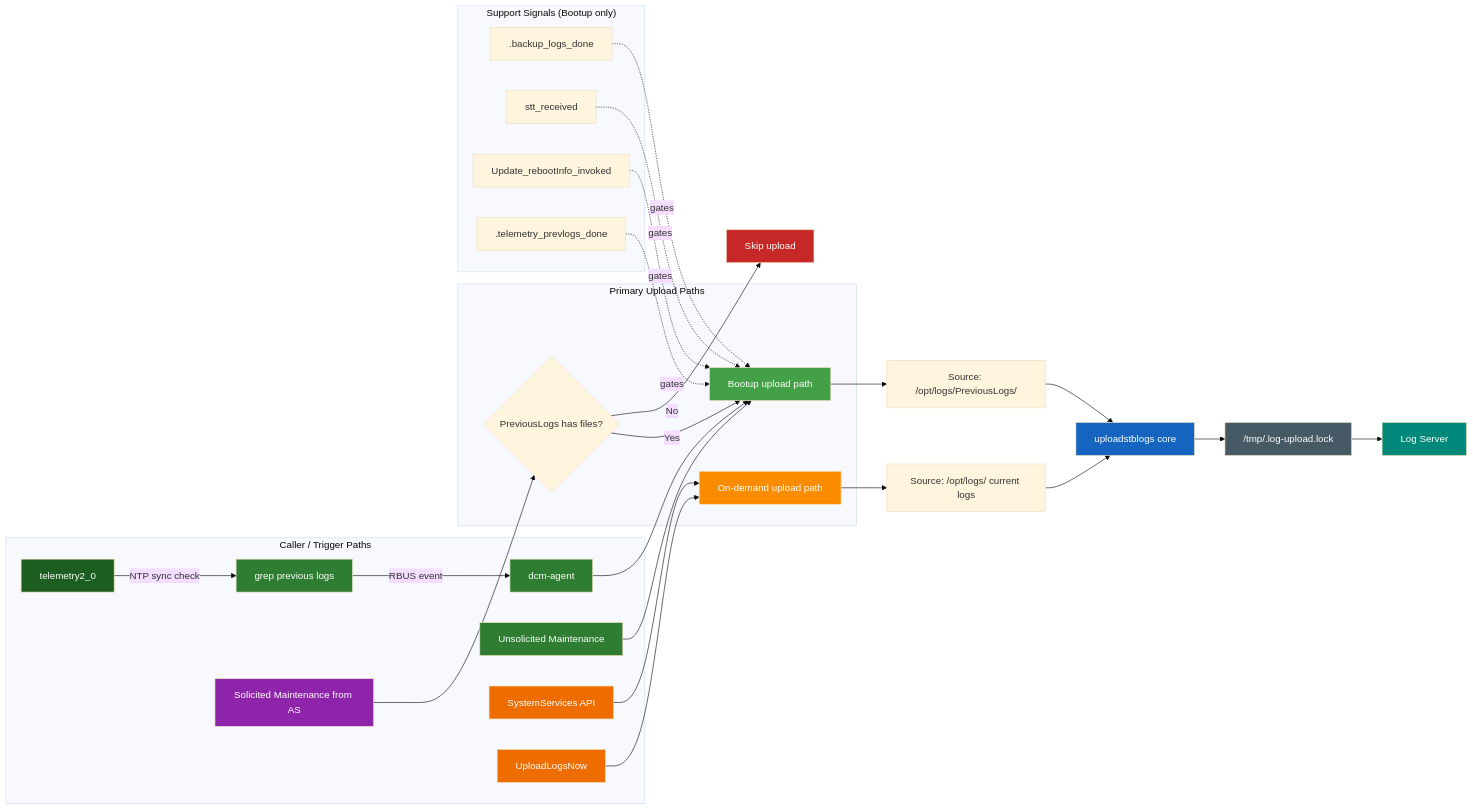
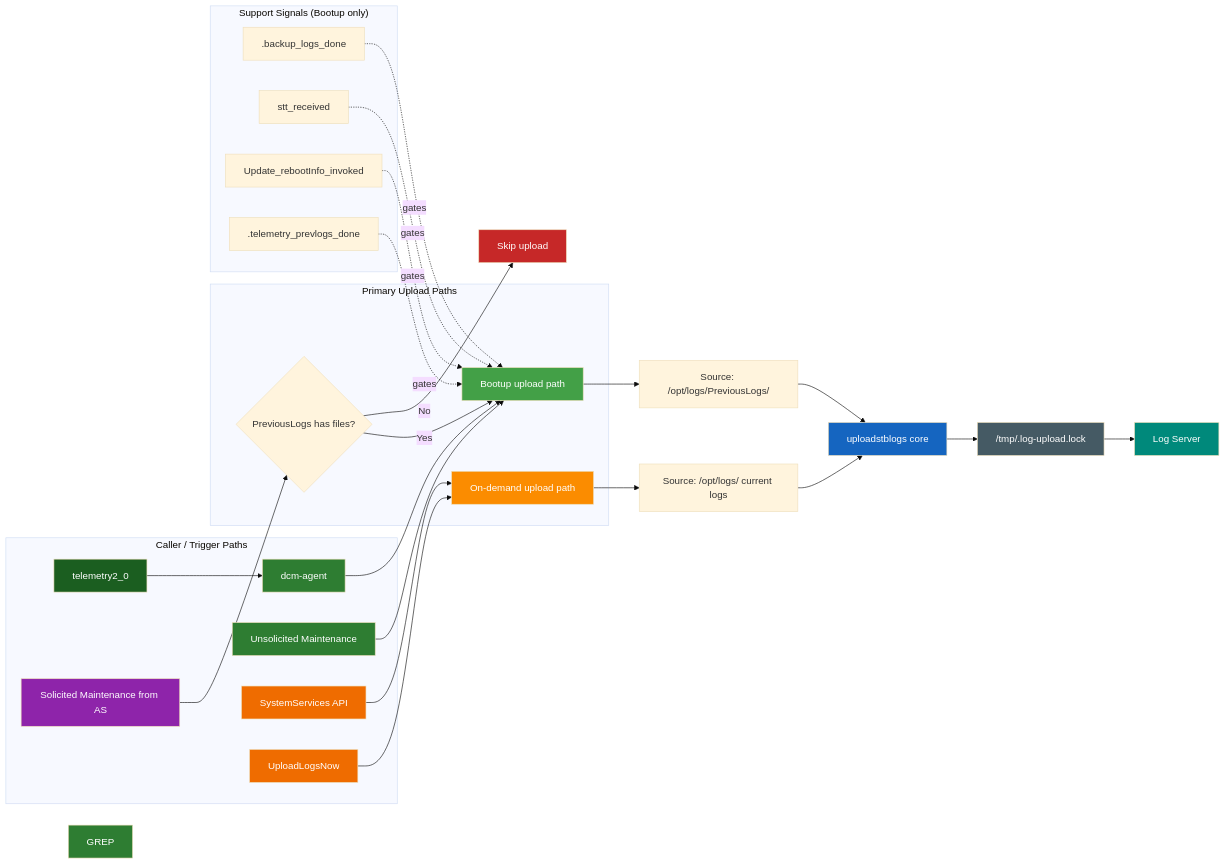
The first of 8 diagrams in openspec/Logupload-Synchronization/specs/slides.md (rdkcentral/dcm-agent), drawn with Mermaid (base theme) before and after one commit.

Commit message:
Simplify Caller / Trigger Paths in slides.md
Removed unnecessary steps in the Caller / Trigger Paths diagram.

````diff
--- a/openspec/Logupload-Synchronization/specs/slides.md
+++ b/openspec/Logupload-Synchronization/specs/slides.md
@@ -69,61 +69,59 @@
 ```mermaid
 graph LR
   subgraph C["Caller / Trigger Paths"]
-    TEL["telemetry2_0"] -->|NTP sync check| GREP["grep previous logs"]
-    GREP -->|RBUS event| DCM["dcm-agent"]
+    TEL["telemetry2_0"] --> DCM["dcm-agent"]
     UMM["Unsolicited Maintenance"]
     SS["SystemServices API"]
     ULN["UploadLogsNow"]
     AS["Solicited Maintenance from AS"]
   end
 
   subgraph P["Primary Upload Paths"]
     BUP["Bootup upload path"]
     ODP["On-demand upload path"]
     ASG{"PreviousLogs has files?"}
   end
 
   subgraph S["Support Signals (Bootup only)"]
     S1[".backup_logs_done"]
     S2["stt_received"]
     S3["Update_rebootInfo_invoked"]
     S4[".telemetry_prevlogs_done"]
   end
 
   DCM --> BUP
   UMM --> BUP
   SS --> ODP
   ULN --> ODP
   AS --> ASG
   ASG -->|No| SKIP["Skip upload"]
   ASG -->|Yes| BUP
 
   S1 -.gates.-> BUP
   S2 -.gates.-> BUP
   S3 -.gates.-> BUP
   S4 -.gates.-> BUP
 
   BUP --> PREV["Source: /opt/logs/PreviousLogs/"]
   ODP --> CURR["Source: /opt/logs/ current logs"]
   PREV --> CORE["uploadstblogs core"]
   CURR --> CORE
   CORE --> LOCK["/tmp/.log-upload.lock"]
   LOCK --> SERVER["Log Server"]
 
   style TEL fill:#1b5e20,color:#fff
   style GREP fill:#2e7d32,color:#fff
   style DCM fill:#2e7d32,color:#fff
   style UMM fill:#2e7d32,color:#fff
   style SS fill:#ef6c00,color:#fff
   style ULN fill:#ef6c00,color:#fff
   style AS fill:#8e24aa,color:#fff
   style BUP fill:#43a047,color:#fff
   style ODP fill:#fb8c00,color:#fff
   style SKIP fill:#c62828,color:#fff
   style CORE fill:#1565c0,color:#fff
   style LOCK fill:#455a64,color:#fff
   style SERVER fill:#00897b,color:#fff
 
 
-
 ```
````
